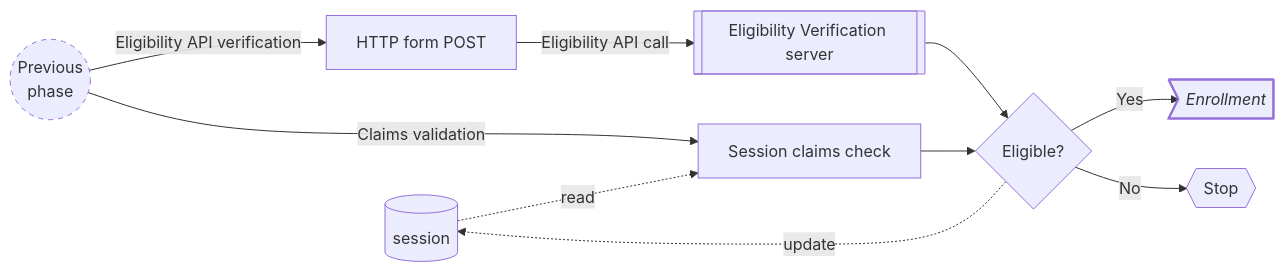
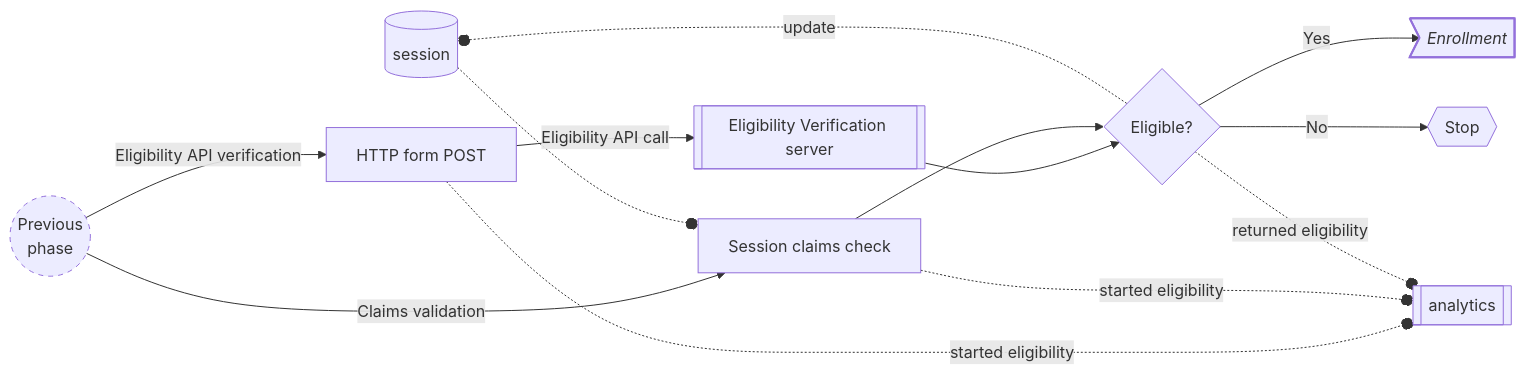
The fifth of 6 diagrams in docs/development/application-logic.md (cal-itp/benefits), drawn with Mermaid before and after one commit. The commit also changed other lines of this file, not shown here.

First line of the commit message:
docs(logic): add analytics events

````diff
--- a/docs/development/application-logic.md
+++ b/docs/development/application-logic.md
@@ -191,30 +198,34 @@
 ```mermaid
 flowchart LR
     session[(session)]
+    analytics[[analytics]]
 
     start(("`Previous
     phase`"))
     style start stroke-dasharray: 5 5
 
     claims[Session claims check]
     form[HTTP form POST]
     server[[Eligibility Verification server]]
     eligible{Eligible?}
 
     next>"`_Enrollment_`"]
     style next stroke-width:2px
 
     stop{{Stop}}
 
     start -- Eligibility API verification --> form
     form -- Eligibility API call --> server
+    form -. started eligibility -.-o analytics
     server --> eligible
 
     start -- Claims validation --> claims
-    session -. read .-> claims
+    session -.-o claims
     claims --> eligible
+    claims -. started eligibility -.-o analytics
 
     eligible -- Yes --> next
     eligible -- No --> stop
-    eligible -. update .-> session
+    eligible -. update .-o session
+    eligible -. returned eligibility -.-o analytics
 ```
````
